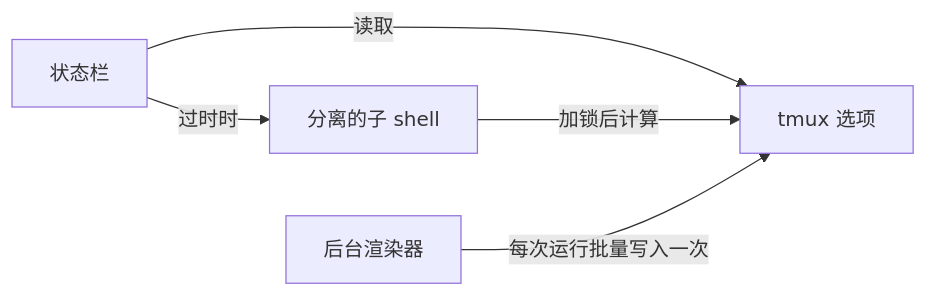
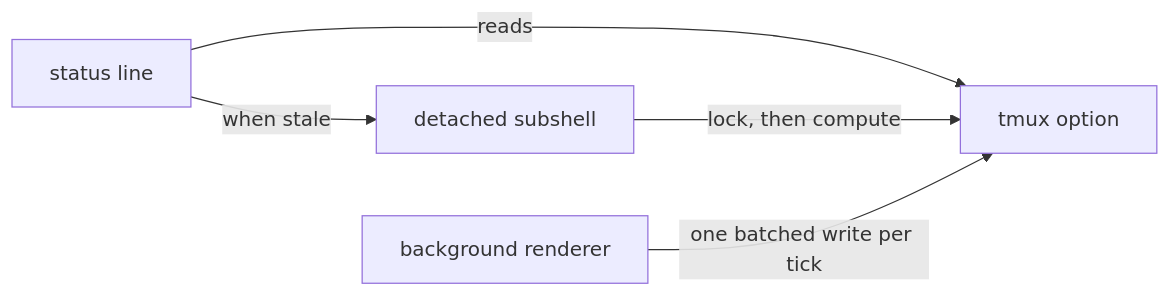
The diagram in README.zh-Hans.md (tmux-revamped/tmux-plugin-template), drawn with Mermaid before and after one commit. The commit also changed other lines of this file and 4 other files, not shown here.

````diff
--- a/README.zh-Hans.md
+++ b/README.zh-Hans.md
@@ -118,7 +167,7 @@
 ```mermaid
 graph LR
-    Status[状态栏] -->|读取| Option[tmux 选项]
-    Status -->|过时时| Worker[分离的子 shell]
-    Worker -->|加锁后计算| Option
-    Ticker[后台渲染器] -->|每次运行批量写入一次| Option
+    Status[status line] -->|reads| Option[tmux option]
+    Status -->|when stale| Worker[detached subshell]
+    Worker -->|lock, then compute| Option
+    Ticker[background renderer] -->|one batched write per tick| Option
 ```
````
